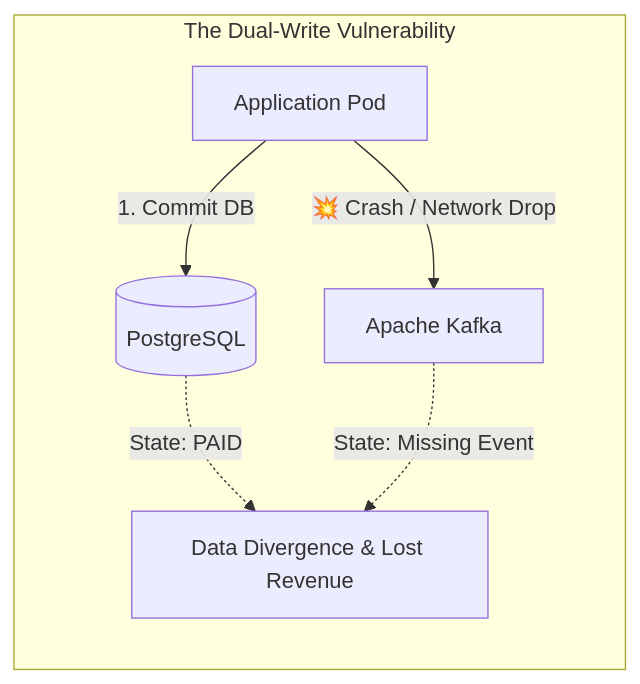
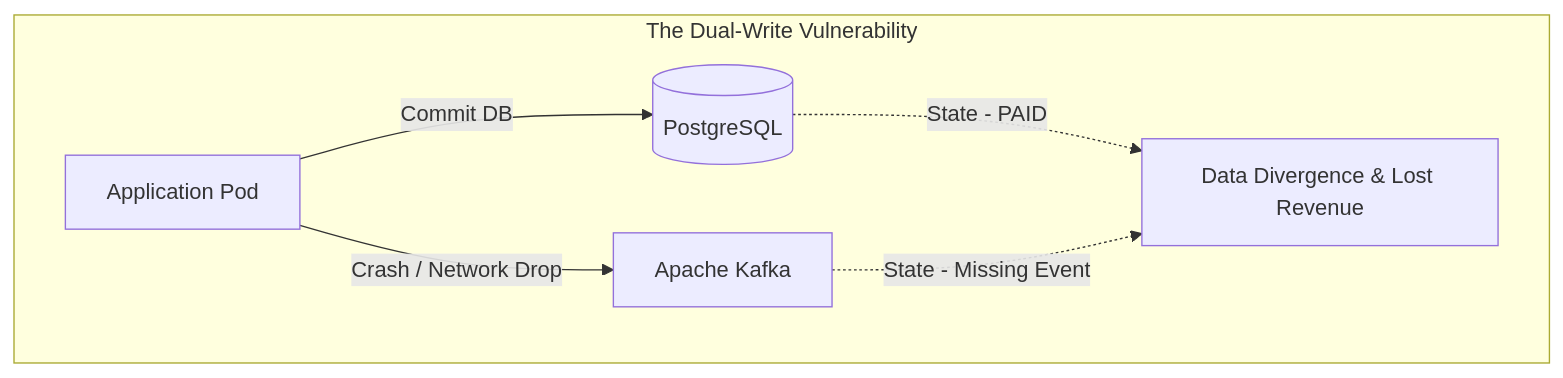
Before and after one commit to akmalkhaniub/akmalkhaniub.github.io: the third of 5 diagrams in blog/posts/7-fatal-microservices-gotchas-uber-netflix-discord-aws.md, drawn with Mermaid. The commit also changed other lines of this file and 411 other files, not shown here.

````diff
--- a/blog/posts/7-fatal-microservices-gotchas-uber-netflix-discord-aws.md
+++ b/blog/posts/7-fatal-microservices-gotchas-uber-netflix-discord-aws.md
@@ -93,9 +93,9 @@
 ```mermaid
-graph LR
+flowchart TD
   subgraph SG2_TheDualWrite ["The Dual-Write Vulnerability"]
-    App[Application Pod] -->|1. Commit DB| DB[(PostgreSQL)]
-    App -->|💥 Crash / Network Drop| Kafka[Apache Kafka]
-    DB -.->|State: PAID| Desync[Data Divergence & Lost Revenue]
-    Kafka -.->|State: Missing Event| Desync
+    App[Application Pod] -->|Commit DB| DB[(PostgreSQL)]
+    App -->|Crash / Network Drop| Kafka[Apache Kafka]
+    DB -.->|State - PAID| Desync[Data Divergence & Lost Revenue]
+    Kafka -.->|State - Missing Event| Desync
   end
 ```
````
